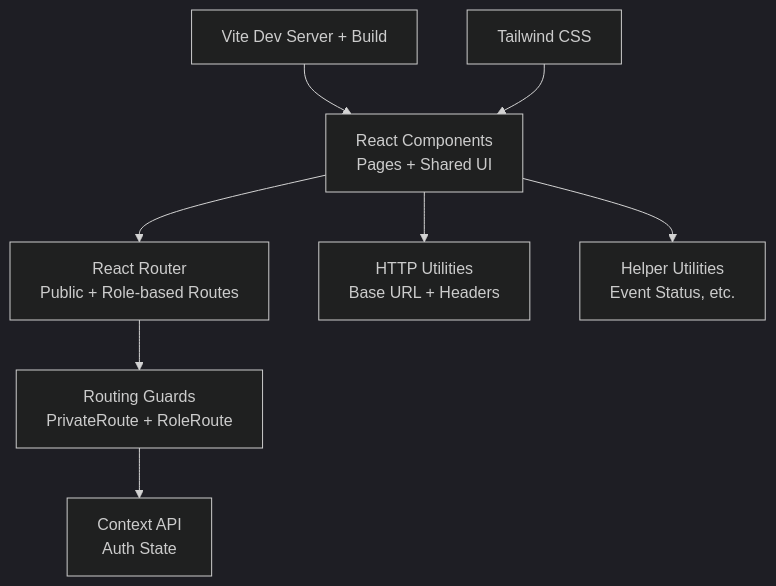
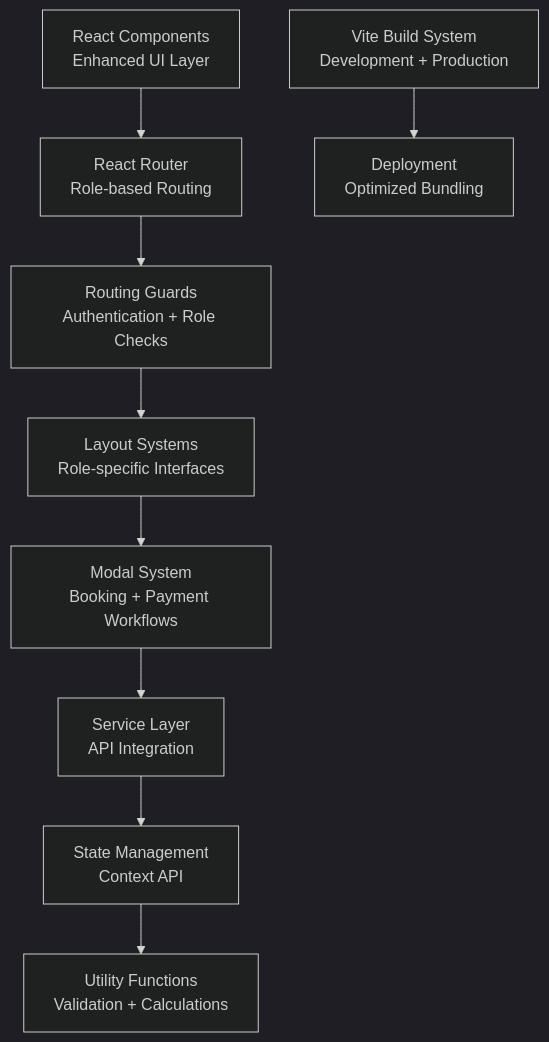
One commit to meghanamallela69-tech/event changed the second of 16 diagrams in .qoder/repowiki/en/content/Frontend Architecture/Frontend Architecture.md. Above: the diagram before and after it, drawn with Mermaid (dark theme). The commit also changed other lines of this file and 63 other files, not shown here.

````diff
--- a/.qoder/repowiki/en/content/Frontend Architecture/Frontend Architecture.md
+++ b/.qoder/repowiki/en/content/Frontend Architecture/Frontend Architecture.md
@@ -155,10 +179,11 @@
 ```mermaid
 graph TB
-UI["React Components<br/>Pages + Shared UI"] --> ROUTER["React Router<br/>Public + Role-based Routes"]
-ROUTER --> GUARDS["Routing Guards<br/>PrivateRoute + RoleRoute"]
-GUARDS --> CONTEXT["Context API<br/>Auth State"]
-UI --> HTTP["HTTP Utilities<br/>Base URL + Headers"]
-UI --> UTILS["Helper Utilities<br/>Event Status, etc."]
-BUILD["Vite Dev Server + Build"] --> UI
-STY["Tailwind CSS"] --> UI
+UI["React Components<br/>Enhanced UI Layer"] --> ROUTER["React Router<br/>Role-based Routing"]
+ROUTER --> GUARDS["Routing Guards<br/>Authentication + Role Checks"]
+GUARDS --> LAYOUTS["Layout Systems<br/>Role-specific Interfaces"]
+LAYOUTS --> MODALS["Modal System<br/>Booking + Payment Workflows"]
+MODALS --> SERVICES["Service Layer<br/>API Integration"]
+SERVICES --> STATE["State Management<br/>Context API"]
+STATE --> UTILS["Utility Functions<br/>Validation + Calculations"]
+BUILD["Vite Build System<br/>Development + Production"] --> DEPLOY["Deployment<br/>Optimized Bundling"]
 ```
````
